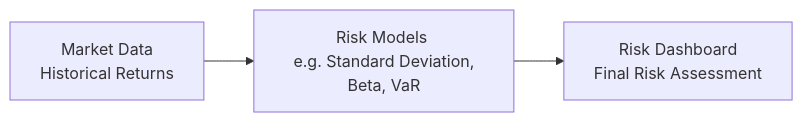
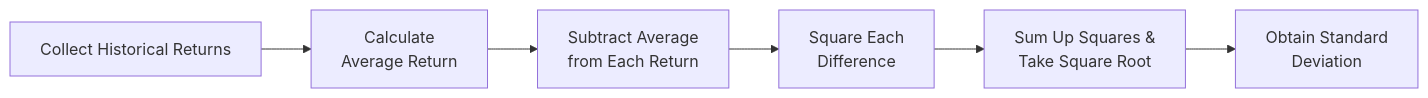
The diagram in content/ifc/8/4/index.md (MasteryEducation/SecuritiesExamsMastery.ca), drawn with Mermaid before and after one commit. The commit also changed other lines of this file and 130 other files, not shown here.

````diff
--- a/content/ifc/8/4/index.md
+++ b/content/ifc/8/4/index.md
@@ -129,5 +56,8 @@
 ```mermaid
 flowchart LR
-    A["Market Data <br/> Historical Returns"] --> B["Risk Models <br/> e.g. Standard Deviation, Beta, VaR"]
-    B --> C["Risk Dashboard <br/> Final Risk Assessment"]
+    A["Collect Historical Returns"] --> B["Calculate <br/>Average Return"]
+    B --> C["Subtract Average <br/>from Each Return"]
+    C --> D["Square Each <br/>Difference"]
+    D --> E["Sum Up Squares & <br/>Take Square Root"]
+    E --> F["Obtain Standard <br/>Deviation"]
 ```
````
